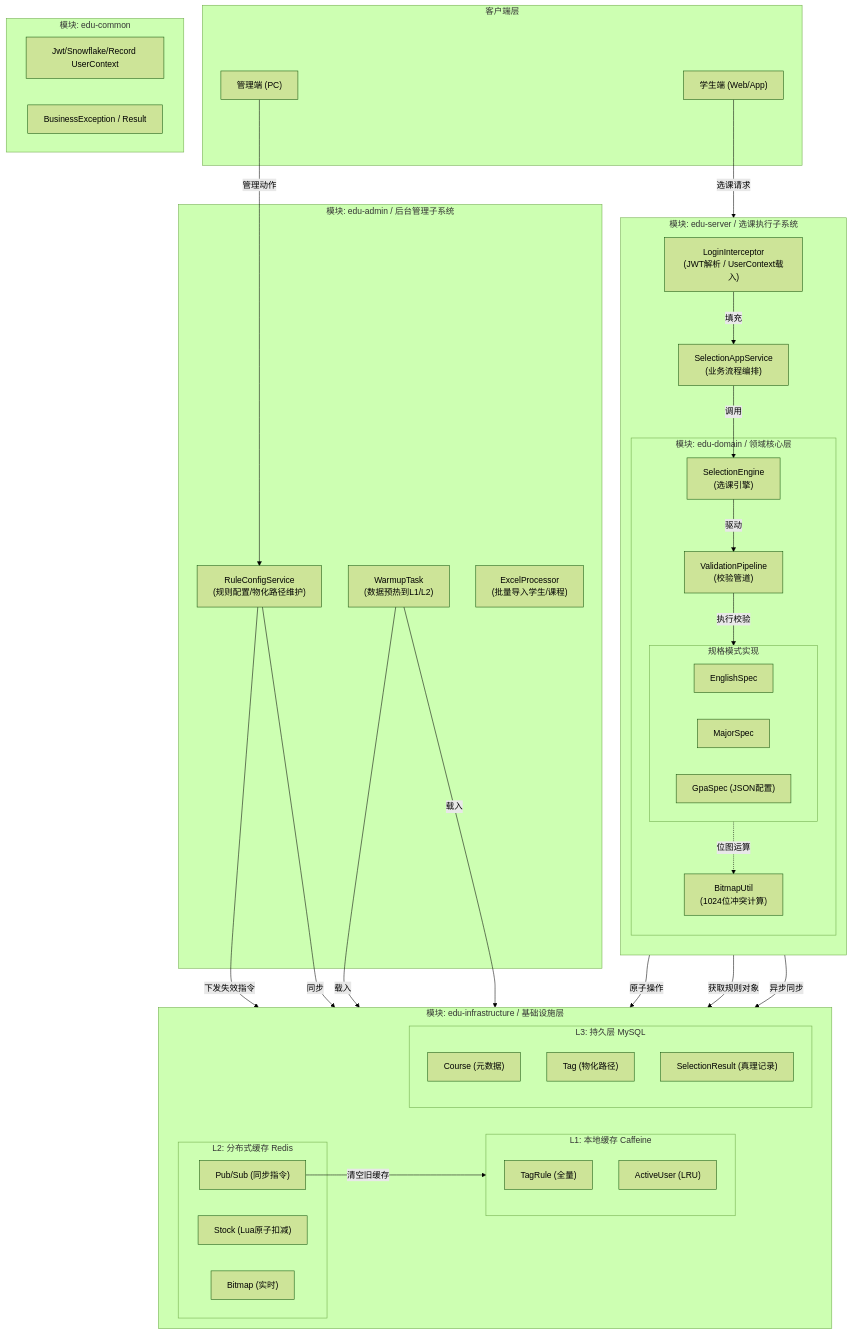
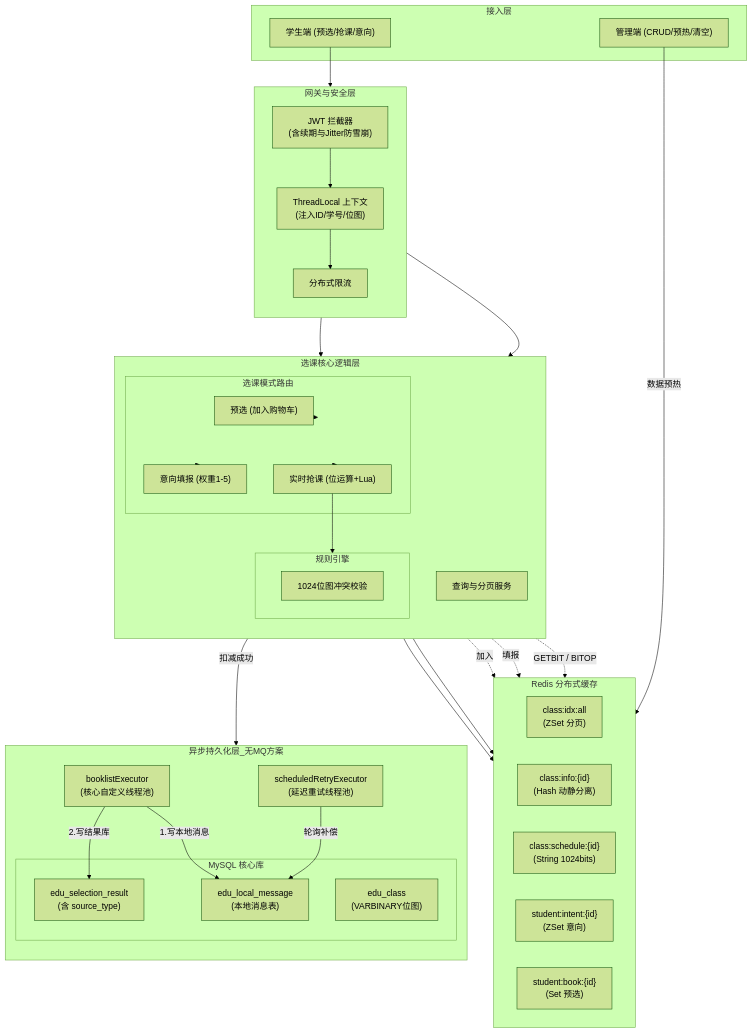
One commit to dbzqkg/edu-course-system-v2 changed the diagram in README.md. Above: the diagram before and after it, drawn with Mermaid (forest theme). The commit also changed other lines of this file, not shown here.

````diff
--- a/README.md
+++ b/README.md
@@ -165,77 +27,71 @@
-``` mermaid
+```mermaid
 graph TD
-    %% 全局定义
-    subgraph Client_Layer [客户端层]
-        Student["学生端 (Web/App)"]
-        Admin["管理端 (PC)"]
+    %% 客户端与接入层
+    subgraph Client_Layer [接入层]
+        Student["学生端 (预选/抢课/意向)"]
+        Admin["管理端 (CRUD/预热/清空)"]
     end
 
-    %% 选课端模块
-    subgraph edu_server [模块: edu-server / 选课执行子系统]
+    subgraph Interface_Layer [网关与安全层]
         direction TB
-        Interceptor["LoginInterceptor<br/>(JWT解析 / UserContext载入)"]
-        AppService["SelectionAppService<br/>(业务流程编排)"]
+        Auth["JWT 拦截器<br/>(含续期与Jitter防雪崩)"]
+        ThreadLocal["ThreadLocal 上下文<br/>(注入ID/学号/位图)"]
+        RateLimit["分布式限流"]
+    end
+
+    %% 核心业务逻辑
+    subgraph Core_Business [选课核心逻辑层]
+        direction TB
+        QueryService["查询与分页服务"]
         
-        subgraph edu_domain [模块: edu-domain / 领域核心层]
-            Engine["SelectionEngine<br/>(选课引擎)"]
-            Pipeline["ValidationPipeline<br/>(校验管道)"]
-            subgraph Specs [规格模式实现]
-                S1["EnglishSpec"]
-                S2["MajorSpec"]
-                S3["GpaSpec (JSON配置)"]
-            end
-            BitmapLogic["BitmapUtil<br/>(1024位冲突计算)"]
+        subgraph Mode_Strategy [选课模式路由]
+            S_Book["预选 (加入购物车)"]
+            S_Intent["意向填报 (权重1-5)"]
+            S_Rob["实时抢课 (位运算+Lua)"]
+        end
+        
+        subgraph Check_Engine [规则引擎]
+            BitCheck["1024位图冲突校验"]
         end
     end
 
-    %% 管理端模块
-    subgraph edu_admin [模块: edu-admin / 后台管理子系统]
-        Config["RuleConfigService<br/>(规则配置/物化路径维护)"]
-        Warmup["WarmupTask<br/>(数据预热到L1/L2)"]
-        Excel["ExcelProcessor<br/>(批量导入学生/课程)"]
+    %% 缓存层 (动静分离与极速计算)
+    subgraph Cache_Redis [Redis 分布式缓存]
+        direction LR
+        R_Idx["class:idx:all<br/>(ZSet 分页)"]
+        R_Info["class:info:{id}<br/>(Hash 动静分离)"]
+        R_Bit["class:schedule:{id}<br/>(String 1024bits)"]
+        R_Intent["student:intent:{id}<br/>(ZSet 意向)"]
+        R_Book["student:book:{id}<br/>(Set 预选)"]
     end
 
-    %% 基础设施层
-    subgraph edu_infrastructure [模块: edu-infrastructure / 基础设施层]
-        direction LR
-        subgraph L1_Cache [L1: 本地缓存 Caffeine]
-            C_Tag["TagRule (全量)"]
-            C_Stu["ActiveUser (LRU)"]
-        end
+    %% 异步处理与持久化 (解决 VSCode 括号解析报错，改为下划线)
+    subgraph Async_Persistence [异步持久化层_无MQ方案]
+        direction TB
+        ThreadPool["booklistExecutor<br/>(核心自定义线程池)"]
+        RetryPool["scheduledRetryExecutor<br/>(延迟重试线程池)"]
         
-        subgraph L2_Cache [L2: 分布式缓存 Redis]
-            R_Stock["Stock (Lua原子扣减)"]
-            R_Bit["Bitmap (实时)"]
-            R_PubSub["Pub/Sub (同步指令)"]
-        end
-        
-        subgraph L3_Storage [L3: 持久层 MySQL]
-            M_Course["Course (元数据)"]
-            M_Tag["Tag (物化路径)"]
-            M_Result["SelectionResult (真理记录)"]
+        subgraph MySQL_L3 [MySQL 核心库]
+            M_Result["edu_selection_result<br/>(含 source_type)"]
+            M_Message["edu_local_message<br/>(本地消息表)"]
+            M_Class["edu_class<br/>(VARBINARY位图)"]
         end
     end
 
-    %% 公共模块
-    subgraph edu_common [模块: edu-common]
-        Util["Jwt/Snowflake/Record UserContext"]
-        Ex["BusinessException / Result"]
-    end
-
-    %% 核心流转关系
-    Student -->|选课请求| Interceptor
-    Interceptor -->|填充| AppService
-    AppService -->|调用| Engine
-    Engine -->|驱动| Pipeline
-    Pipeline -->|获取规则对象| L1_Cache
-    Pipeline -->|执行校验| Specs
-    Specs -.->|位图运算| BitmapLogic
-    Engine -->|原子操作| R_Stock
-    Engine -->|异步同步| L3_Storage
+    %% 流转连线
+    Student --> Auth --> ThreadLocal --> RateLimit
+    RateLimit --> QueryService & Mode_Strategy
+    QueryService --> R_Idx & R_Info
     
-    Admin -->|管理动作| Config
-    Config -->|同步| L3_Storage
-    Config -->|下发失效指令| R_PubSub
-    R_PubSub -->|清空旧缓存| L1_Cache
-    Warmup -->|载入| L1_Cache & L2_Cache
+    Mode_Strategy --> S_Book -.加入.-> R_Book
+    Mode_Strategy --> S_Intent -.填报.-> R_Intent
+    Mode_Strategy --> S_Rob --> Check_Engine
+    Check_Engine -. GETBIT / BITOP .-> R_Bit
+    
+    S_Rob --扣减成功--> ThreadPool
+    ThreadPool --1.写本地消息--> M_Message
+    ThreadPool --2.写结果库--> M_Result
+    RetryPool --轮询补偿--> M_Message
+    
+    Admin --数据预热--> Cache_Redis
 ```
````
